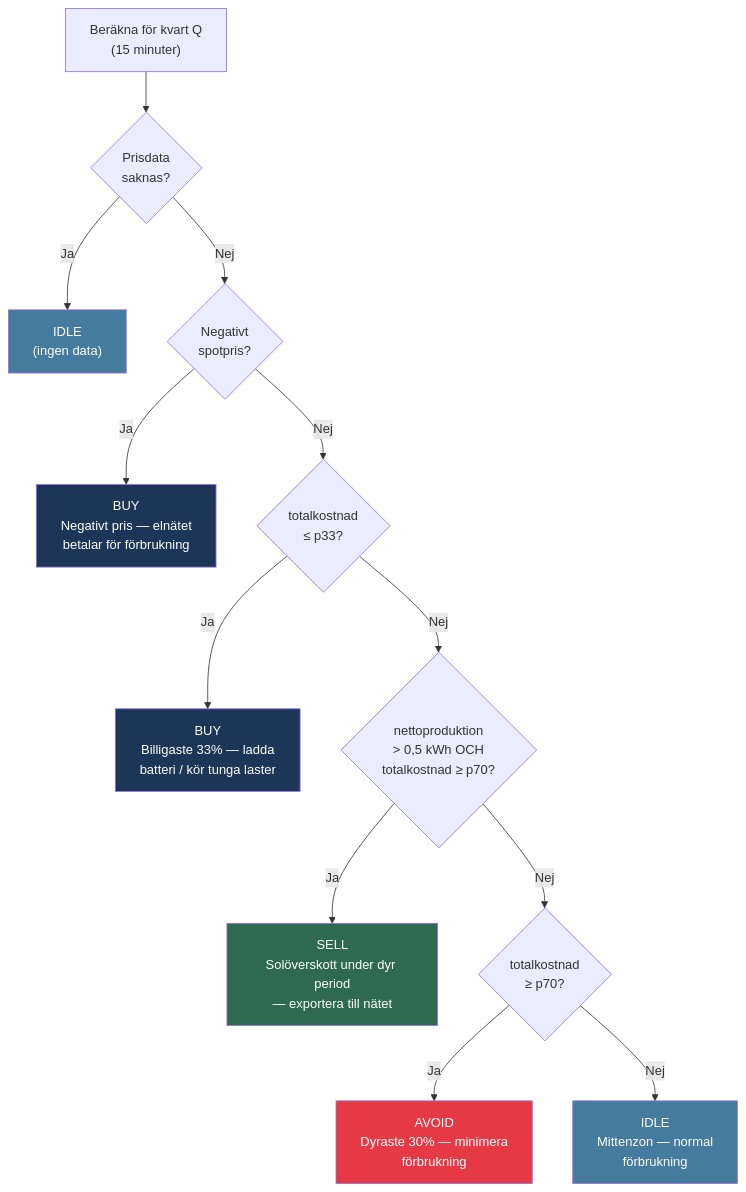
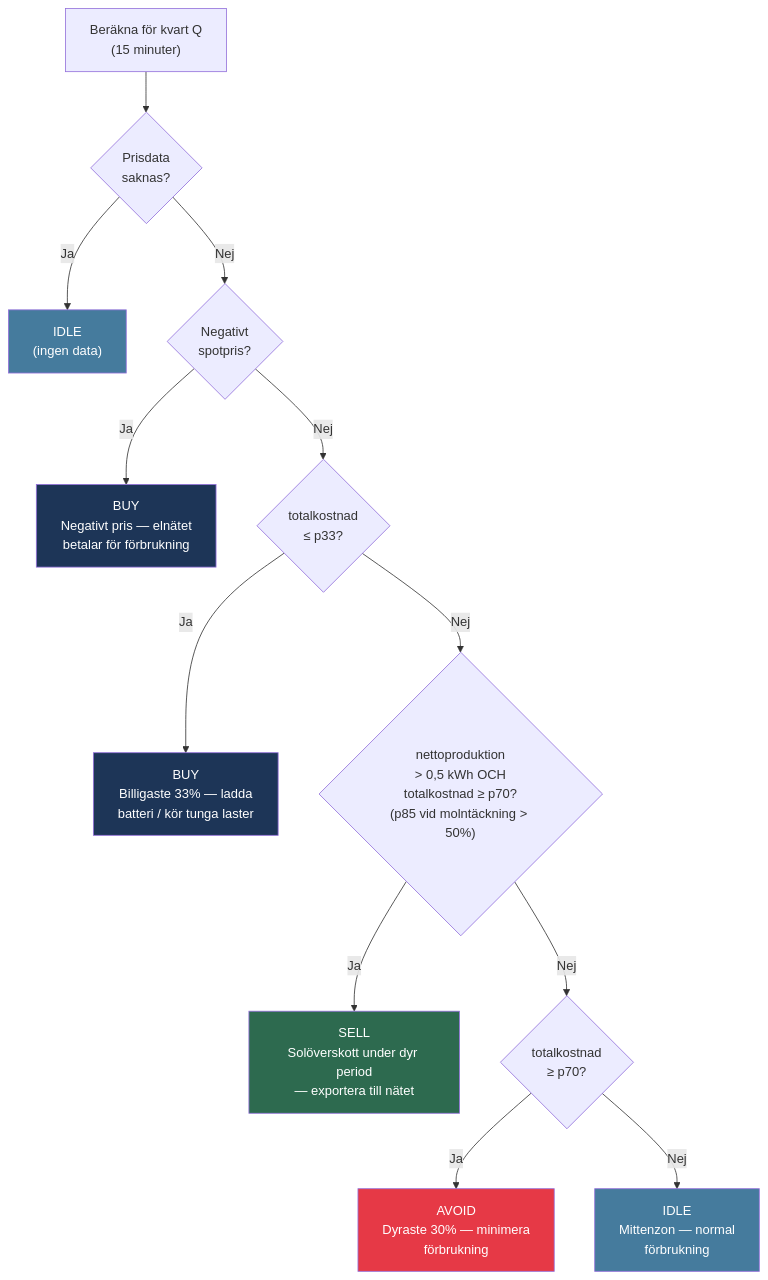
Before and after one commit to allejako/GridGuard: diagram 17 of 21 in docs/ARCHITECTURE.md, drawn with Mermaid. The commit also changed other lines of this file and 1 other file, not shown here.

````diff
--- a/docs/ARCHITECTURE.md
+++ b/docs/ARCHITECTURE.md
@@ -791,40 +791,40 @@
 ```mermaid
 flowchart TD
     START["Beräkna för kvart Q\n(15 minuter)"]
 
     NODATA{"Prisdata\nsaknas?"}
     IDLE0["IDLE\n(ingen data)"]
 
     NEG{"Negativt\nspotpris?"}
     BUY_NEG["BUY\nNegativt pris — elnätet\nbetalar för förbrukning"]
 
     CHEAP{"totalkostnad\n≤ p33?"}
     BUY["BUY\nBilligaste 33% — ladda\nbatteri / kör tunga laster"]
 
-    SURPLUS{"nettoproduktion\n> 0,5 kWh OCH\ntotalkostnad ≥ p70?"}
+    SURPLUS{"nettoproduktion\n> 0,5 kWh OCH\ntotalkostnad ≥ p70?\n(p85 vid molntäckning > 50%)"}
     SELL["SELL\nSolöverskott under dyr period\n— exportera till nätet"]
 
     EXPENSIVE{"totalkostnad\n≥ p70?"}
     AVOID["AVOID\nDyraste 30% — minimera\nförbrukning"]
 
     IDLE["IDLE\nMittenzon — normal\nförbrukning"]
 
     START --> NODATA
     NODATA -->|Ja| IDLE0
     NODATA -->|Nej| NEG
     NEG -->|Ja| BUY_NEG
     NEG -->|Nej| CHEAP
     CHEAP -->|Ja| BUY
     CHEAP -->|Nej| SURPLUS
     SURPLUS -->|Ja| SELL
     SURPLUS -->|Nej| EXPENSIVE
     EXPENSIVE -->|Ja| AVOID
     EXPENSIVE -->|Nej| IDLE
 
     style SELL fill:#2d6a4f,color:#fff
     style BUY fill:#1d3557,color:#fff
     style BUY_NEG fill:#1d3557,color:#fff
     style AVOID fill:#e63946,color:#fff
     style IDLE fill:#457b9d,color:#fff
     style IDLE0 fill:#457b9d,color:#fff
 ```
````
